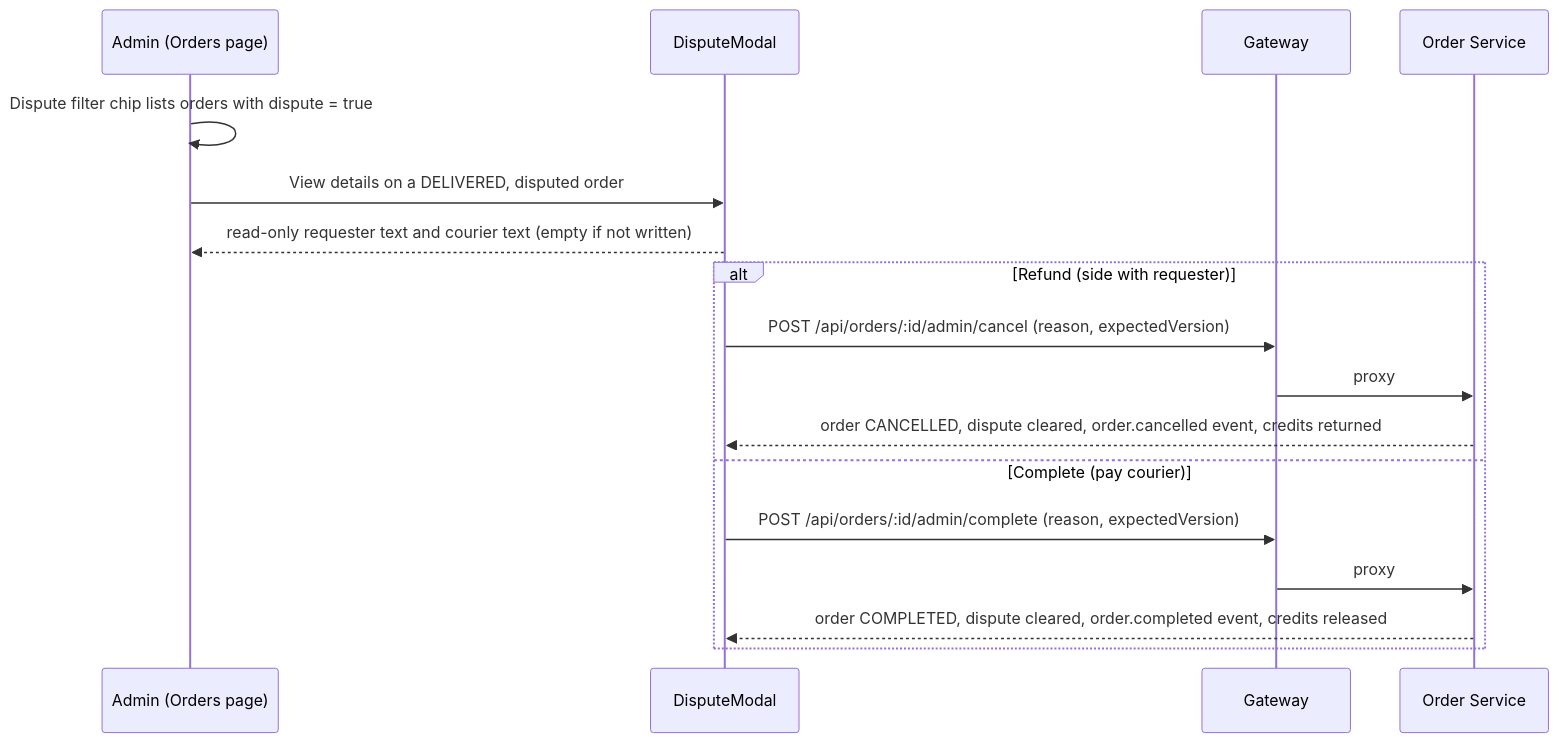
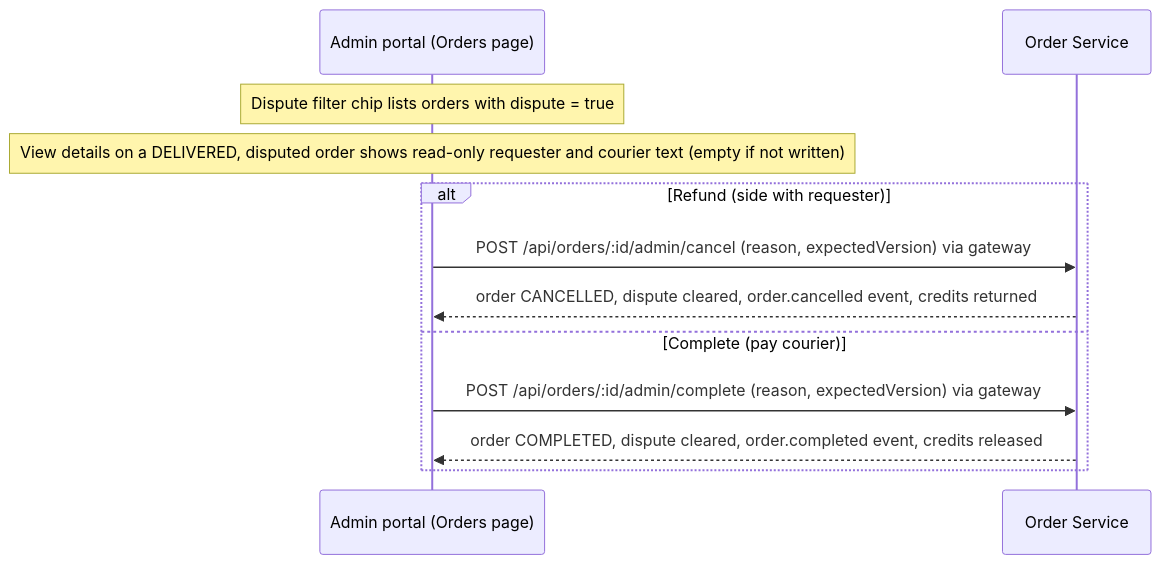
Before and after one commit to AY2627S1-CS3219-P25/friend-on-campus: the seventh of 8 diagrams in docs/frontend/README.md, drawn with Mermaid. The commit also changed other lines of this file and 7 other files, not shown here.

Commit message:
Adds SoC LLM Flow diagram, legends in digrams all services diagrams

````diff
--- a/docs/frontend/README.md
+++ b/docs/frontend/README.md
@@ -344,19 +341,14 @@
 ```mermaid
 sequenceDiagram
-  participant A as Admin (Orders page)
-  participant M as DisputeModal
-  participant GW as Gateway
+  participant A as Admin portal (Orders page)
   participant OS as Order Service
-  A->>A: Dispute filter chip lists orders with dispute = true
-  A->>M: View details on a DELIVERED, disputed order
-  M-->>A: read-only requester text and courier text (empty if not written)
+  Note over A: Dispute filter chip lists orders with dispute = true
+  Note over A: View details on a DELIVERED, disputed order shows read-only requester and courier text (empty if not written)
   alt Refund (side with requester)
-    M->>GW: POST /api/orders/:id/admin/cancel (reason, expectedVersion)
-    GW->>OS: proxy
-    OS-->>M: order CANCELLED, dispute cleared, order.cancelled event, credits returned
+    A->>OS: POST /api/orders/:id/admin/cancel (reason, expectedVersion) via gateway
+    OS-->>A: order CANCELLED, dispute cleared, order.cancelled event, credits returned
   else Complete (pay courier)
-    M->>GW: POST /api/orders/:id/admin/complete (reason, expectedVersion)
-    GW->>OS: proxy
-    OS-->>M: order COMPLETED, dispute cleared, order.completed event, credits released
+    A->>OS: POST /api/orders/:id/admin/complete (reason, expectedVersion) via gateway
+    OS-->>A: order COMPLETED, dispute cleared, order.completed event, credits released
   end
 ```
````
